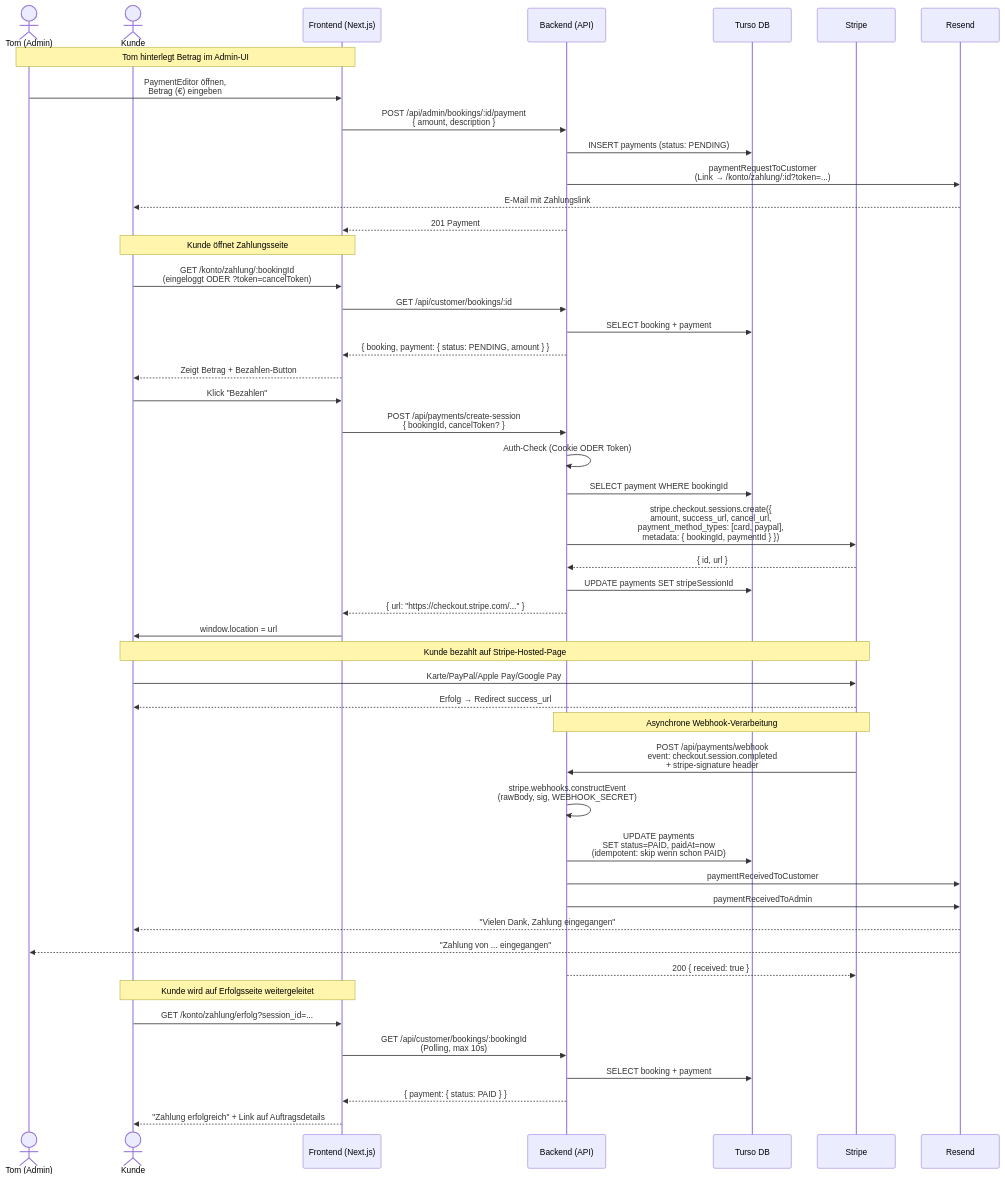
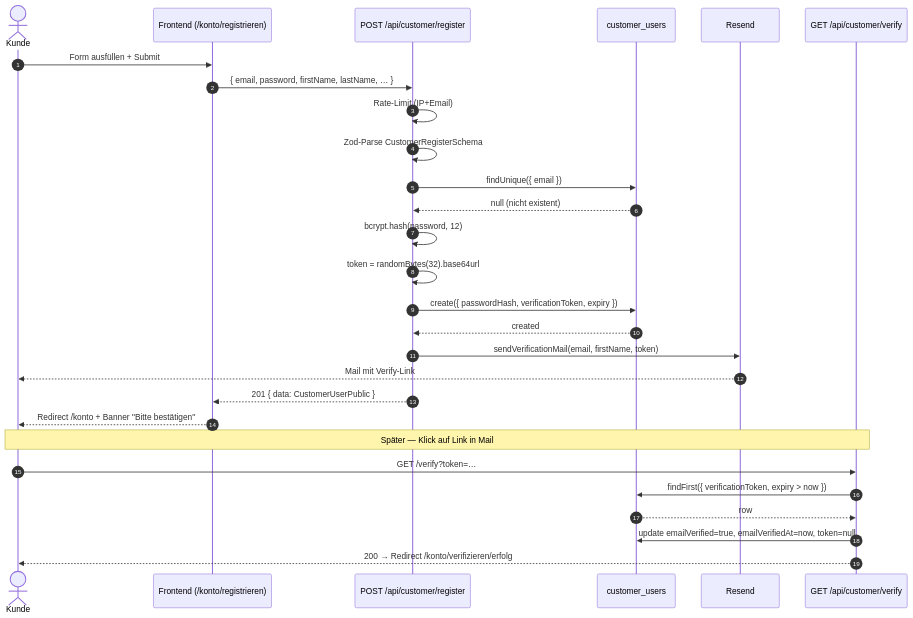
The second of 4 diagrams in project/design/diagrams/architecture.md (mikjung/baerenstark), drawn with Mermaid before and after one commit. The commit also changed other lines of this file and 45 other files, not shown here.

````diff
--- a/project/design/diagrams/architecture.md
+++ b/project/design/diagrams/architecture.md
@@ -96,56 +142,33 @@
 ```mermaid
 sequenceDiagram
-    actor Tom as Tom (Admin)
-    actor Customer as Kunde
-    participant FE as Frontend (Next.js)
-    participant BE as Backend (API)
-    participant DB as Turso DB
-    participant Stripe as Stripe
-    participant Mail as Resend
+    autonumber
+    actor User as Kunde
+    participant FE as Frontend (/konto/registrieren)
+    participant API as POST /api/customer/register
+    participant DB as customer_users
+    participant Resend as Resend
+    participant Verify as GET /api/customer/verify
 
-    Note over Tom,FE: Tom hinterlegt Betrag im Admin-UI
-    Tom->>FE: PaymentEditor öffnen,<br/>Betrag (€) eingeben
-    FE->>BE: POST /api/admin/bookings/:id/payment<br/>{ amount, description }
-    BE->>DB: INSERT payments (status: PENDING)
-    BE->>Mail: paymentRequestToCustomer<br/>(Link → /konto/zahlung/:id?token=...)
-    Mail-->>Customer: E-Mail mit Zahlungslink
-    BE-->>FE: 201 Payment
+    User->>FE: Form ausfüllen + Submit
+    FE->>API: { email, password, firstName, lastName, … }
+    API->>API: Rate-Limit (IP+Email)
+    API->>API: Zod-Parse CustomerRegisterSchema
+    API->>DB: findUnique({ email })
+    DB-->>API: null (nicht existent)
+    API->>API: bcrypt.hash(password, 12)
+    API->>API: token = randomBytes(32).base64url
+    API->>DB: create({ passwordHash, verificationToken, expiry })
+    DB-->>API: created
+    API->>Resend: sendVerificationMail(email, firstName, token)
+    Resend-->>User: Mail mit Verify-Link
+    API-->>FE: 201 { data: CustomerUserPublic }
+    FE-->>User: Redirect /konto + Banner "Bitte bestätigen"
 
-    Note over Customer,FE: Kunde öffnet Zahlungsseite
-    Customer->>FE: GET /konto/zahlung/:bookingId<br/>(eingeloggt ODER ?token=cancelToken)
-    FE->>BE: GET /api/customer/bookings/:id
-    BE->>DB: SELECT booking + payment
-    BE-->>FE: { booking, payment: { status: PENDING, amount } }
-    FE-->>Customer: Zeigt Betrag + Bezahlen-Button
+    Note over User,Verify: Später — Klick auf Link in Mail
 
-    Customer->>FE: Klick "Bezahlen"
-    FE->>BE: POST /api/payments/create-session<br/>{ bookingId, cancelToken? }
-    BE->>BE: Auth-Check (Cookie ODER Token)
-    BE->>DB: SELECT payment WHERE bookingId
-    BE->>Stripe: stripe.checkout.sessions.create({<br/>amount, success_url, cancel_url,<br/>payment_method_types: [card, paypal],<br/>metadata: { bookingId, paymentId } })
-    Stripe-->>BE: { id, url }
-    BE->>DB: UPDATE payments SET stripeSessionId
-    BE-->>FE: { url: "https://checkout.stripe.com/..." }
-    FE->>Customer: window.location = url
-
-    Note over Customer,Stripe: Kunde bezahlt auf Stripe-Hosted-Page
-    Customer->>Stripe: Karte/PayPal/Apple Pay/Google Pay
-    Stripe-->>Customer: Erfolg → Redirect success_url
-
-    Note over Stripe,BE: Asynchrone Webhook-Verarbeitung
-    Stripe->>BE: POST /api/payments/webhook<br/>event: checkout.session.completed<br/>+ stripe-signature header
-    BE->>BE: stripe.webhooks.constructEvent<br/>(rawBody, sig, WEBHOOK_SECRET)
-    BE->>DB: UPDATE payments<br/>SET status=PAID, paidAt=now<br/>(idempotent: skip wenn schon PAID)
-    BE->>Mail: paymentReceivedToCustomer
-    BE->>Mail: paymentReceivedToAdmin
-    Mail-->>Customer: "Vielen Dank, Zahlung eingegangen"
-    Mail-->>Tom: "Zahlung von ... eingegangen"
-    BE-->>Stripe: 200 { received: true }
-
-    Note over Customer,FE: Kunde wird auf Erfolgsseite weitergeleitet
-    Customer->>FE: GET /konto/zahlung/erfolg?session_id=...
-    FE->>BE: GET /api/customer/bookings/:bookingId<br/>(Polling, max 10s)
-    BE->>DB: SELECT booking + payment
-    BE-->>FE: { payment: { status: PAID } }
-    FE-->>Customer: "Zahlung erfolgreich" + Link auf Auftragsdetails
+    User->>Verify: GET /verify?token=…
+    Verify->>DB: findFirst({ verificationToken, expiry > now })
+    DB-->>Verify: row
+    Verify->>DB: update emailVerified=true, emailVerifiedAt=now, token=null
+    Verify-->>User: 200 → Redirect /konto/verifizieren/erfolg
 ```
````
